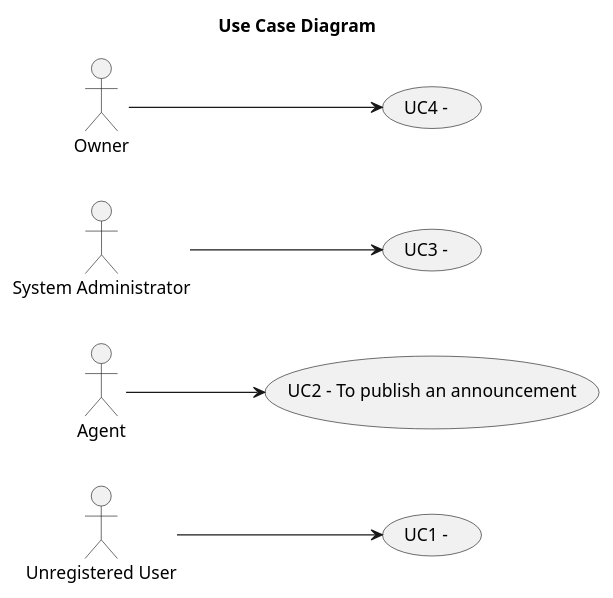
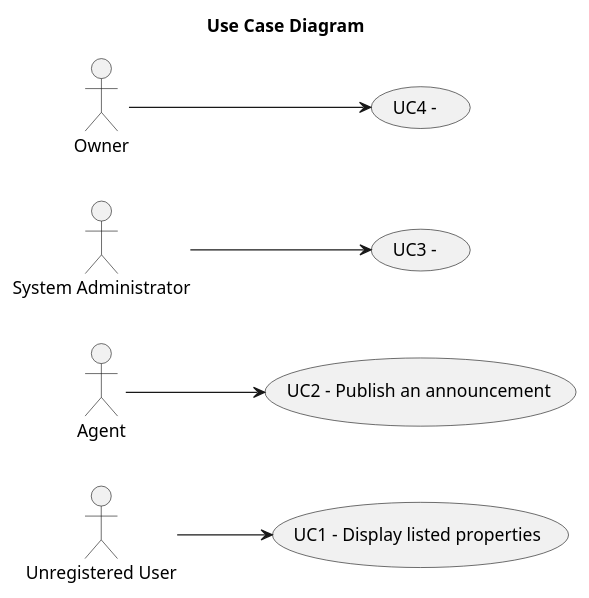
One commit to rita-barbosa/LAPR2-2223 changed the diagram in docs/sprintA/global-artifacts/01.requirements-engineering/puml/use-case-diagram.puml. Above: the diagram before and after it, drawn with PlantUML. The commit also changed 2 other files, not shown here.

Commit message:
Update of supplementary-specification.md and Use Case Diagram.

```diff
--- a/docs/sprintA/global-artifacts/01.requirements-engineering/puml/use-case-diagram.puml
+++ b/docs/sprintA/global-artifacts/01.requirements-engineering/puml/use-case-diagram.puml
@@ -1,23 +1,23 @@
 @startuml
 'skinparam monochrome true
 skinparam packageStyle rectangle
 'skinparam shadowing false
 
 skinparam rectangle{
     BorderColor yellow
 }
 
 title Use Case Diagram
 
 left to right direction
 
-    usecase "UC1 - " as UC1
+    usecase "UC1 - Display listed properties" as UC1
         "Unregistered User" --> UC1
-    usecase "UC2 - To publish an announcement" as UC2
+    usecase "UC2 - Publish an announcement" as UC2
         "Agent" --> UC2
     usecase "UC3 - " as UC3
         "System Administrator" --> UC3
      usecase "UC4 - " as UC4
          "Owner" --> UC4
 
 @enduml
```
